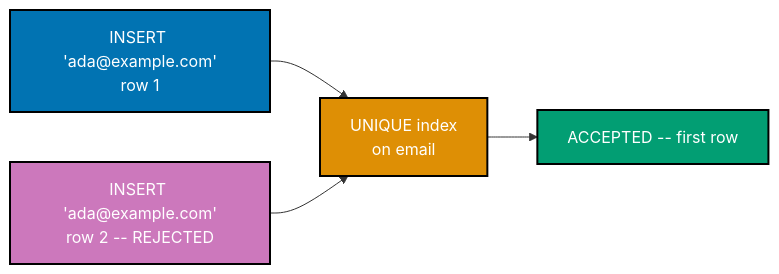
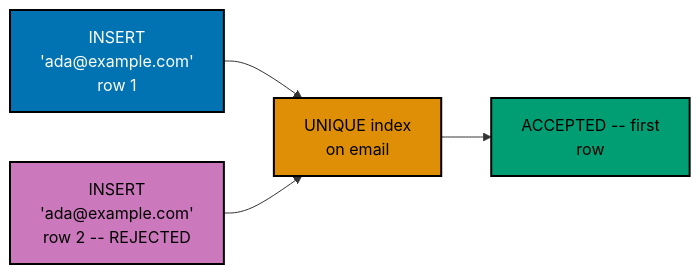
Before and after one commit to wahidyankf/ose-public: the third of 9 diagrams in apps/ayokoding-www/content/en/learn/courses/sql-essentials/learning/beginner.md, drawn with Mermaid. The commit also changed other lines of this file and 145 other files, not shown here.

First line of the commit message:
fix(mermaid): bring the second half of the courses diagrams onto the accessible palette

````diff
--- a/apps/ayokoding-www/content/en/learn/courses/sql-essentials/learning/beginner.md
+++ b/apps/ayokoding-www/content/en/learn/courses/sql-essentials/learning/beginner.md
@@ -901,15 +907,18 @@
 ```mermaid
 %% Color Palette: Blue #0173B2, Orange #DE8F05, Teal #029E73, Purple #CC78BC -- color-blind friendly, WCAG AA
 flowchart LR
-    A["INSERT 'ada@example.com'<br/>row 1"]:::blue
+    accTitle: Example 19: Unique Constraint
+    accDescr: Flowchart with 6 nodes and 5 connections. Nodes: INSERT ada@example.com row 1, UNIQUE index on email, C, first, D, REJECTED. Connections: C to first, D to REJECTED, INSERT ada@example.com row 1 to UNIQUE index on email, UNIQUE index on email to C, D to UNIQUE index on email.
+    A["INSERT<br/>'ada@example.com'<br/>row 1"]:::blue
     B["UNIQUE index<br/>on email"]:::orange
-    C["ACCEPTED -- first row"]:::teal
-    D["INSERT 'ada@example.com'<br/>row 2 -- REJECTED"]:::purple
+    C["ACCEPTED -- first<br/>row"]:::teal
+    D["INSERT<br/>'ada@example.com'<br/>row 2 -- REJECTED"]:::purple
     A --> B --> C
     D --> B
 
     classDef blue fill:#0173B2,stroke:#000000,color:#FFFFFF,stroke-width:2px
-    classDef orange fill:#DE8F05,stroke:#000000,color:#FFFFFF,stroke-width:2px
-    classDef teal fill:#029E73,stroke:#000000,color:#FFFFFF,stroke-width:2px
-    classDef purple fill:#CC78BC,stroke:#000000,color:#FFFFFF,stroke-width:2px
+    classDef orange fill:#DE8F05,stroke:#000000,color:#000000,stroke-width:2px
+    classDef teal fill:#029E73,stroke:#000000,color:#000000,stroke-width:2px
+    classDef purple fill:#CC78BC,stroke:#000000,color:#000000,stroke-width:2px
+    classDef default fill:#FFFFFF,stroke:#000000,color:#000000
 ```
````
